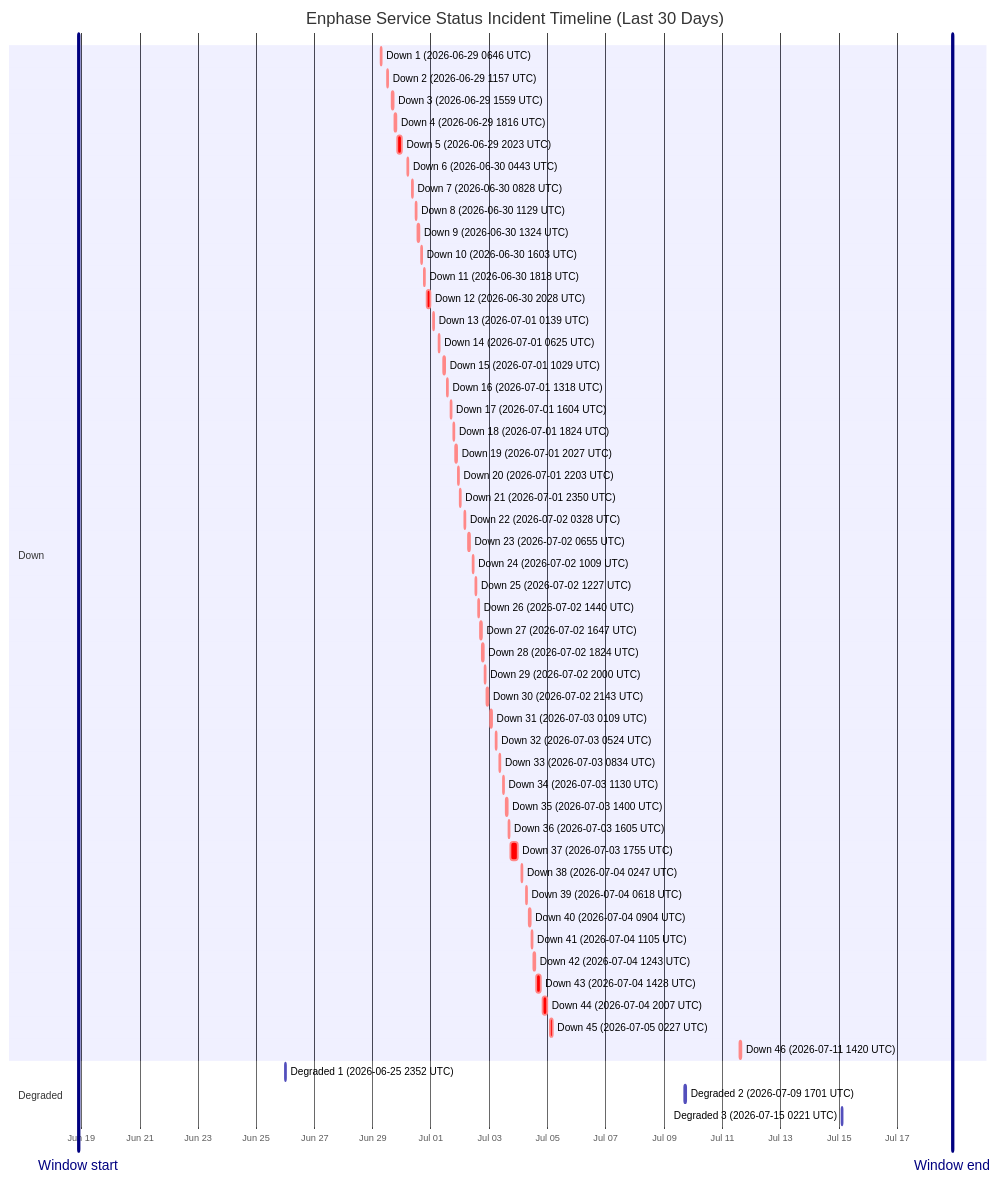
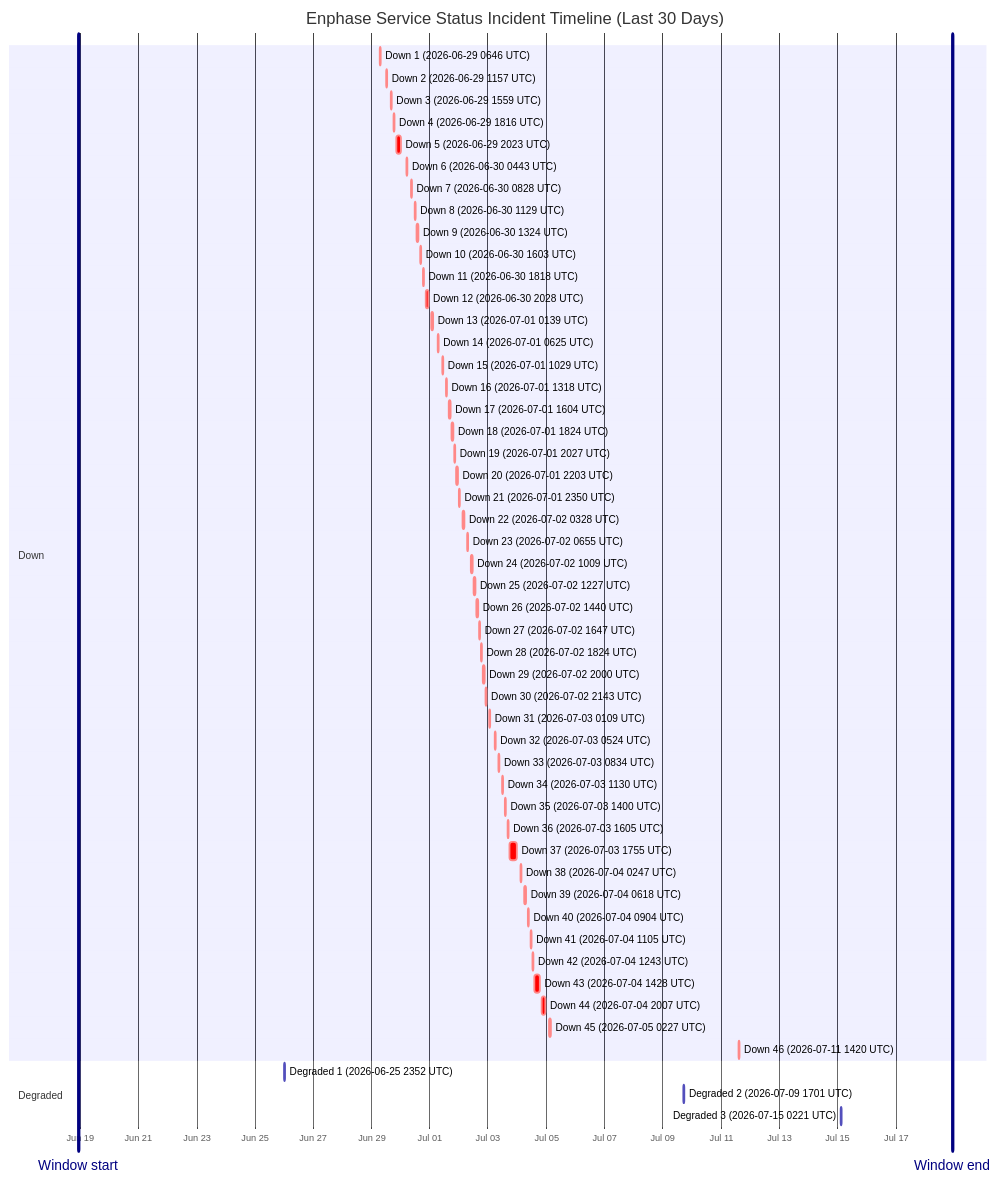
Before and after one commit to barneyonline/ha-enphase-energy: the diagram in wiki/Service-Status-History.md, drawn with Mermaid. The commit also changed other lines of this file and 3 other files, not shown here.

````diff
--- a/wiki/Service-Status-History.md
+++ b/wiki/Service-Status-History.md
@@ -14,59 +14,59 @@
 ```mermaid
 gantt
     title Enphase Service Status Incident Timeline (Last 30 Days)
     dateFormat  YYYY-MM-DDTHH:mm:ss
     axisFormat  %b %d
-    Window start :vert, window-start, 2026-06-18T21:22:16, 0ms
-    Window end :vert, window-end, 2026-07-18T21:22:16, 0ms
+    Window start :vert, window-start, 2026-06-18T22:21:40, 0ms
+    Window end :vert, window-end, 2026-07-18T22:21:40, 0ms
     section Down
     Down 1 (2026-06-29 0646 UTC) :crit, down-1, 2026-06-29T06:46:18, 60m
     Down 2 (2026-06-29 1157 UTC) :crit, down-2, 2026-06-29T11:57:36, 60m
     Down 3 (2026-06-29 1559 UTC) :crit, down-3, 2026-06-29T15:59:02, 60m
     Down 4 (2026-06-29 1816 UTC) :crit, down-4, 2026-06-29T18:16:38, 60m
     Down 5 (2026-06-29 2023 UTC) :crit, down-5, 2026-06-29T20:23:16, 220m
     Down 6 (2026-06-30 0443 UTC) :crit, down-6, 2026-06-30T04:43:54, 60m
     Down 7 (2026-06-30 0828 UTC) :crit, down-7, 2026-06-30T08:28:43, 60m
     Down 8 (2026-06-30 1129 UTC) :crit, down-8, 2026-06-30T11:29:15, 60m
     Down 9 (2026-06-30 1324 UTC) :crit, down-9, 2026-06-30T13:24:25, 60m
     Down 10 (2026-06-30 1603 UTC) :crit, down-10, 2026-06-30T16:03:26, 60m
     Down 11 (2026-06-30 1818 UTC) :crit, down-11, 2026-06-30T18:18:39, 60m
     Down 12 (2026-06-30 2028 UTC) :crit, down-12, 2026-06-30T20:28:54, 171m
     Down 13 (2026-07-01 0139 UTC) :crit, down-13, 2026-07-01T01:39:18, 60m
     Down 14 (2026-07-01 0625 UTC) :crit, down-14, 2026-07-01T06:25:35, 60m
     Down 15 (2026-07-01 1029 UTC) :crit, down-15, 2026-07-01T10:29:24, 60m
     Down 16 (2026-07-01 1318 UTC) :crit, down-16, 2026-07-01T13:18:31, 60m
     Down 17 (2026-07-01 1604 UTC) :crit, down-17, 2026-07-01T16:04:29, 60m
     Down 18 (2026-07-01 1824 UTC) :crit, down-18, 2026-07-01T18:24:21, 60m
     Down 19 (2026-07-01 2027 UTC) :crit, down-19, 2026-07-01T20:27:17, 60m
     Down 20 (2026-07-01 2203 UTC) :crit, down-20, 2026-07-01T22:03:46, 60m
     Down 21 (2026-07-01 2350 UTC) :crit, down-21, 2026-07-01T23:50:52, 60m
     Down 22 (2026-07-02 0328 UTC) :crit, down-22, 2026-07-02T03:28:33, 60m
     Down 23 (2026-07-02 0655 UTC) :crit, down-23, 2026-07-02T06:55:07, 60m
     Down 24 (2026-07-02 1009 UTC) :crit, down-24, 2026-07-02T10:09:15, 60m
     Down 25 (2026-07-02 1227 UTC) :crit, down-25, 2026-07-02T12:27:49, 60m
     Down 26 (2026-07-02 1440 UTC) :crit, down-26, 2026-07-02T14:40:53, 60m
     Down 27 (2026-07-02 1647 UTC) :crit, down-27, 2026-07-02T16:47:47, 60m
     Down 28 (2026-07-02 1824 UTC) :crit, down-28, 2026-07-02T18:24:26, 60m
     Down 29 (2026-07-02 2000 UTC) :crit, down-29, 2026-07-02T20:00:57, 60m
     Down 30 (2026-07-02 2143 UTC) :crit, down-30, 2026-07-02T21:43:52, 80m
     Down 31 (2026-07-03 0109 UTC) :crit, down-31, 2026-07-03T01:09:19, 60m
     Down 32 (2026-07-03 0524 UTC) :crit, down-32, 2026-07-03T05:24:23, 60m
     Down 33 (2026-07-03 0834 UTC) :crit, down-33, 2026-07-03T08:34:05, 60m
     Down 34 (2026-07-03 1130 UTC) :crit, down-34, 2026-07-03T11:30:41, 60m
     Down 35 (2026-07-03 1400 UTC) :crit, down-35, 2026-07-03T14:00:48, 60m
     Down 36 (2026-07-03 1605 UTC) :crit, down-36, 2026-07-03T16:05:49, 60m
     Down 37 (2026-07-03 1755 UTC) :crit, down-37, 2026-07-03T17:55:54, 338m
     Down 38 (2026-07-04 0247 UTC) :crit, down-38, 2026-07-04T02:47:22, 60m
     Down 39 (2026-07-04 0618 UTC) :crit, down-39, 2026-07-04T06:18:09, 60m
     Down 40 (2026-07-04 0904 UTC) :crit, down-40, 2026-07-04T09:04:41, 60m
     Down 41 (2026-07-04 1105 UTC) :crit, down-41, 2026-07-04T11:05:21, 60m
     Down 42 (2026-07-04 1243 UTC) :crit, down-42, 2026-07-04T12:43:25, 60m
     Down 43 (2026-07-04 1428 UTC) :crit, down-43, 2026-07-04T14:28:07, 243m
     Down 44 (2026-07-04 2007 UTC) :crit, down-44, 2026-07-04T20:07:50, 206m
     Down 45 (2026-07-05 0227 UTC) :crit, down-45, 2026-07-05T02:27:32, 109m
     Down 46 (2026-07-11 1420 UTC) :crit, down-46, 2026-07-11T14:20:54, 69m
     section Degraded
     Degraded 1 (2026-06-25 2352 UTC) :active, degraded-1, 2026-06-25T23:52:01, 60m
     Degraded 2 (2026-07-09 1701 UTC) :active, degraded-2, 2026-07-09T17:01:02, 60m
     Degraded 3 (2026-07-15 0221 UTC) :active, degraded-3, 2026-07-15T02:21:35, 60m
 ```
````
